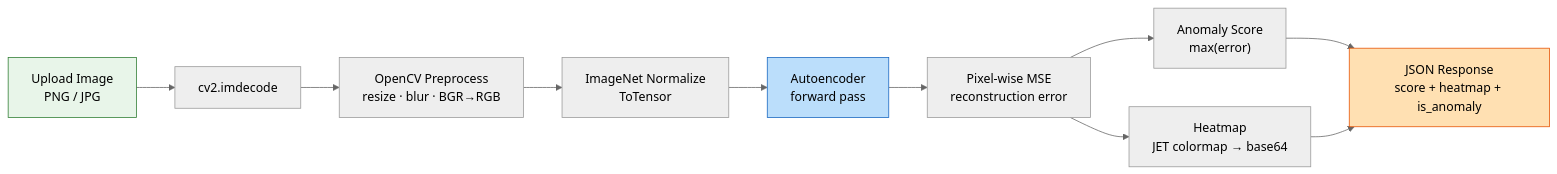
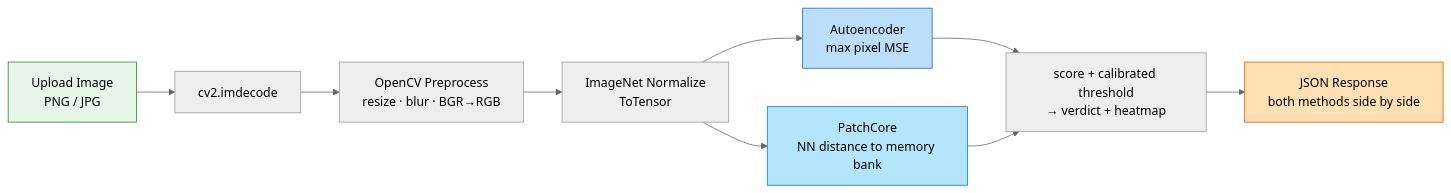
The second of 3 diagrams in README.md (Klay1014/defect-detection), drawn with Mermaid (neutral theme) before and after one commit. The commit also changed other lines of this file and 1 other file, not shown here.

````diff
--- a/README.md
+++ b/README.md
@@ -84,16 +111,16 @@
 ```mermaid
 graph LR
     A[Upload Image<br/>PNG / JPG] --> B[cv2.imdecode]
     B --> C[OpenCV Preprocess<br/>resize · blur · BGR→RGB]
     C --> D[ImageNet Normalize<br/>ToTensor]
-    D --> E[Autoencoder<br/>forward pass]
-    E --> F[Pixel-wise MSE<br/>reconstruction error]
-    F --> G["Anomaly Score<br/>max(error)"]
-    F --> H[Heatmap<br/>JET colormap → base64]
-    G --> I[JSON Response<br/>score + heatmap + is_anomaly]
-    H --> I
+    D --> E[Autoencoder<br/>max pixel MSE]
+    D --> P[PatchCore<br/>NN distance to memory bank]
+    E --> F[score + calibrated threshold<br/>→ verdict + heatmap]
+    P --> F
+    F --> I[JSON Response<br/>both methods side by side]
 
     style A fill:#e8f5e9,stroke:#2e7d32,color:#000
     style E fill:#bbdefb,stroke:#1565c0,color:#000
+    style P fill:#b3e5fc,stroke:#0277bd,color:#000
     style I fill:#ffe0b2,stroke:#e65100,color:#000
 ```
````
